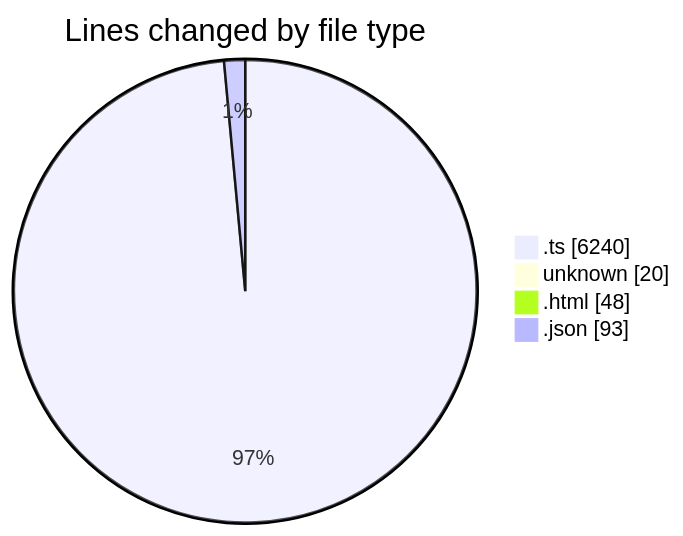
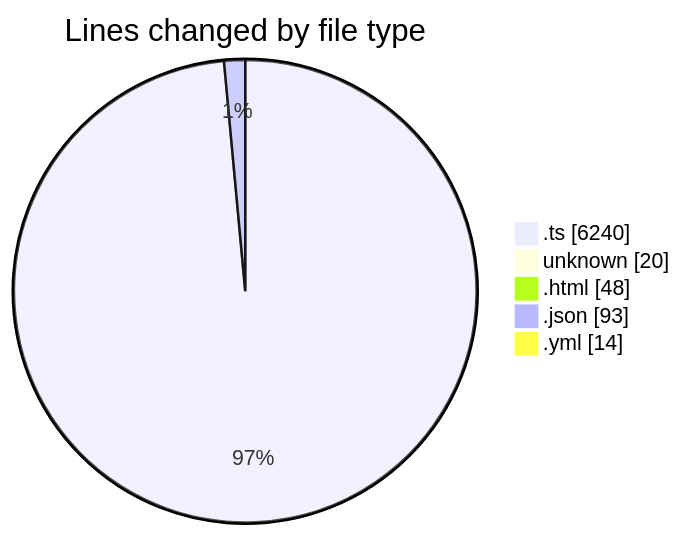
The first of 2 diagrams in 2026-02-06/singularitybrainai/README.md (tmsrecording-cyber/code-tracking), drawn with Mermaid before and after one commit. The commit also changed other lines of this file and 1 other file, not shown here.

````diff
--- a/2026-02-06/singularitybrainai/README.md
+++ b/2026-02-06/singularitybrainai/README.md
@@ -33,8 +34,9 @@
 ```mermaid
 pie showData
 title Lines changed by file type
 ".ts" : 6240
 "unknown" : 20
 ".html" : 48
 ".json" : 93
+".yml" : 14
 ```
````
